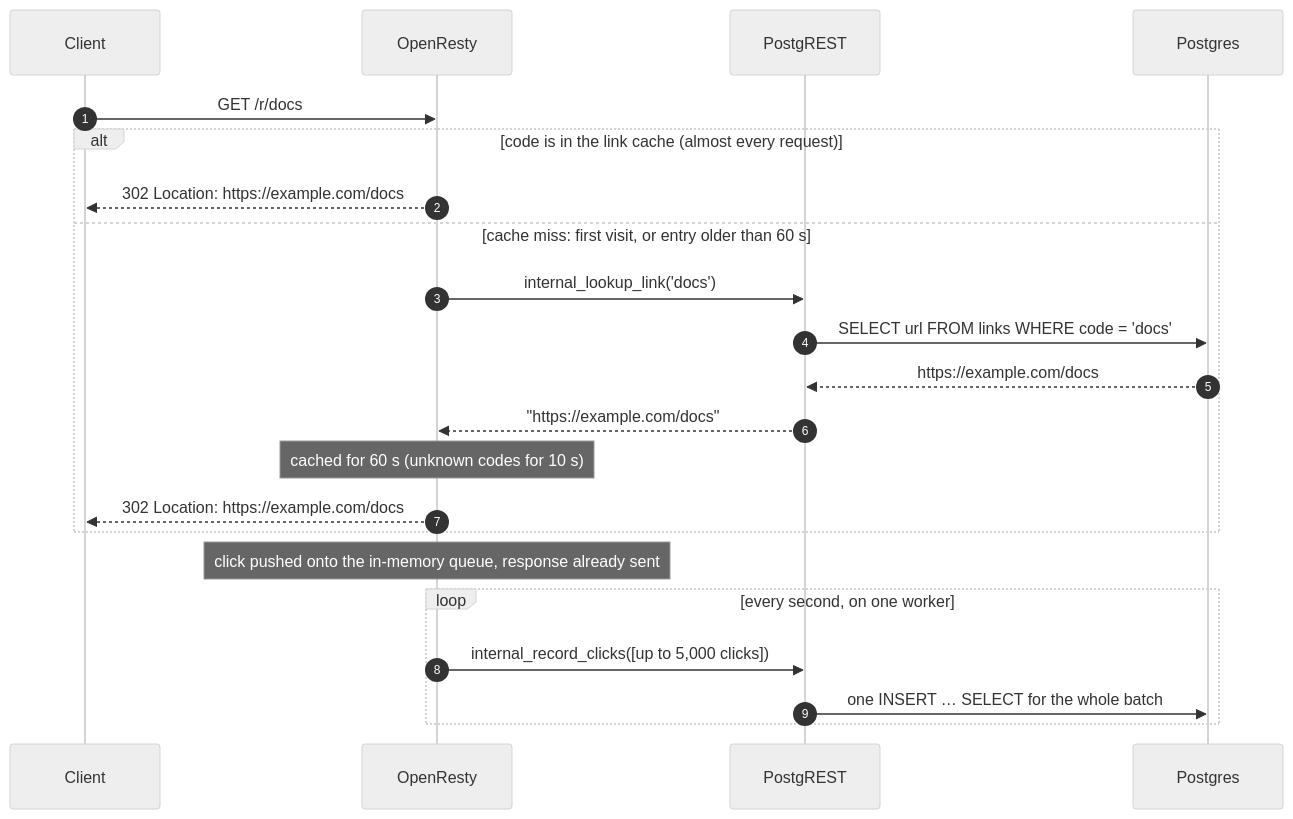
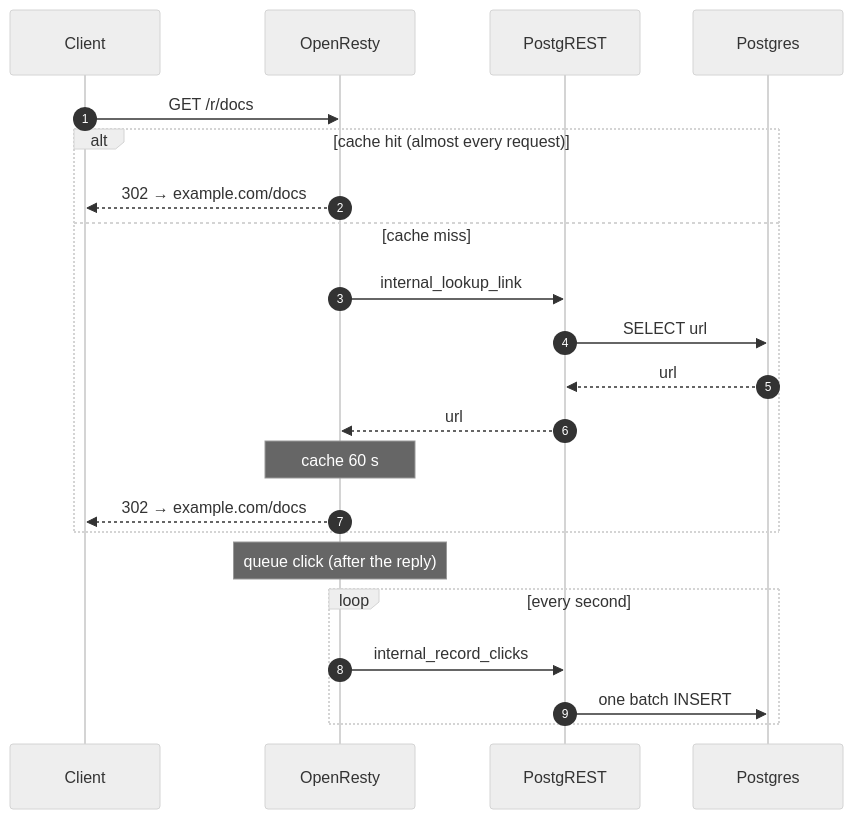
One commit to menezmethod/ref_pg changed the second of 2 diagrams in README.md. Above: the diagram before and after it, drawn with Mermaid (neutral theme).

Commit message:
README: shorter labels so the sequence diagram renders larger

````diff
--- a/README.md
+++ b/README.md
@@ -41,26 +41,26 @@
 ```mermaid
 sequenceDiagram
     autonumber
     participant C as Client
     participant N as OpenResty
     participant R as PostgREST
     participant P as Postgres
 
     C->>N: GET /r/docs
-    alt code is in the link cache (almost every request)
-        N-->>C: 302 Location: https://example.com/docs
-    else cache miss: first visit, or entry older than 60 s
-        N->>R: internal_lookup_link('docs')
-        R->>P: SELECT url FROM links WHERE code = 'docs'
-        P-->>R: https://example.com/docs
-        R-->>N: "https://example.com/docs"
-        Note over N: cached for 60 s (unknown codes for 10 s)
-        N-->>C: 302 Location: https://example.com/docs
+    alt cache hit (almost every request)
+        N-->>C: 302 → example.com/docs
+    else cache miss
+        N->>R: internal_lookup_link
+        R->>P: SELECT url
+        P-->>R: url
+        R-->>N: url
+        Note over N: cache 60 s
+        N-->>C: 302 → example.com/docs
     end
-    Note over N: click pushed onto the in-memory queue, response already sent
+    Note over N: queue click (after the reply)
 
-    loop every second, on one worker
-        N->>R: internal_record_clicks([up to 5,000 clicks])
-        R->>P: one INSERT … SELECT for the whole batch
+    loop every second
+        N->>R: internal_record_clicks
+        R->>P: one batch INSERT
     end
 ```
````
